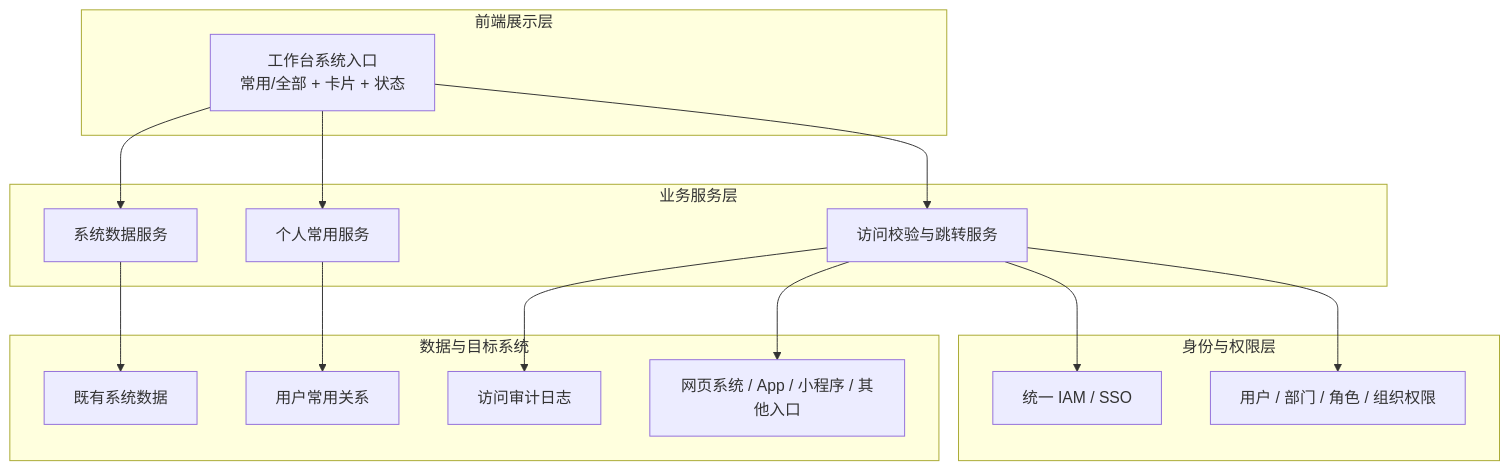
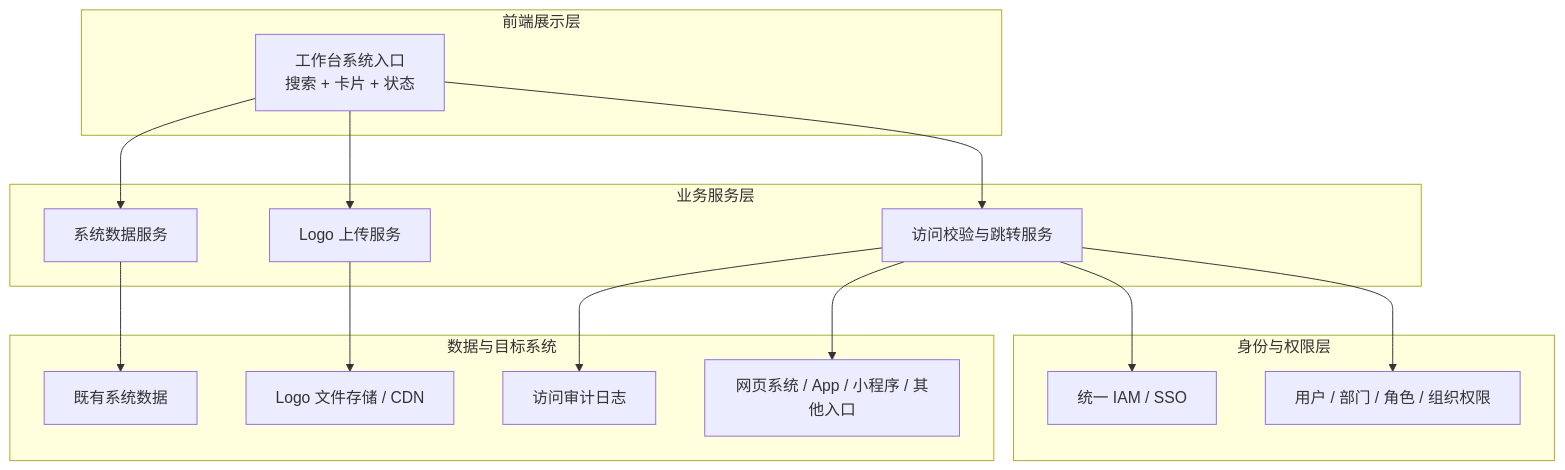
Before and after one commit to fri555/PORTL: the first of 7 diagrams in docs/需求文档/20260716-【PRD】AI工作台-系统入口-天马智擎.md, drawn with Mermaid. The commit also changed other lines of this file, not shown here.

Commit message:
docs: add system search and logo upload

```diff
--- a/docs/需求文档/20260716-【PRD】AI工作台-系统入口-天马智擎.md
+++ b/docs/需求文档/20260716-【PRD】AI工作台-系统入口-天马智擎.md
@@ -228,34 +219,34 @@
 ~~~mermaid
 graph TB
     subgraph L1["前端展示层"]
-        A["工作台系统入口<br/>常用/全部 + 卡片 + 状态"]
+        A["工作台系统入口<br/>搜索 + 卡片 + 状态"]
     end
 
     subgraph L2["业务服务层"]
         B["系统数据服务"]
-        C["个人常用服务"]
+        C["Logo 上传服务"]
         D["访问校验与跳转服务"]
     end
 
     subgraph L3["身份与权限层"]
         E["统一 IAM / SSO"]
         F["用户 / 部门 / 角色 / 组织权限"]
     end
 
     subgraph L4["数据与目标系统"]
         G["既有系统数据"]
-        H["用户常用关系"]
+        H["Logo 文件存储 / CDN"]
         I["访问审计日志"]
         J["网页系统 / App / 小程序 / 其他入口"]
     end
 
     A --> B
     A --> C
     A --> D
     B --> G
     C --> H
     D --> E
     D --> F
     D --> I
     D --> J
 ~~~
```
